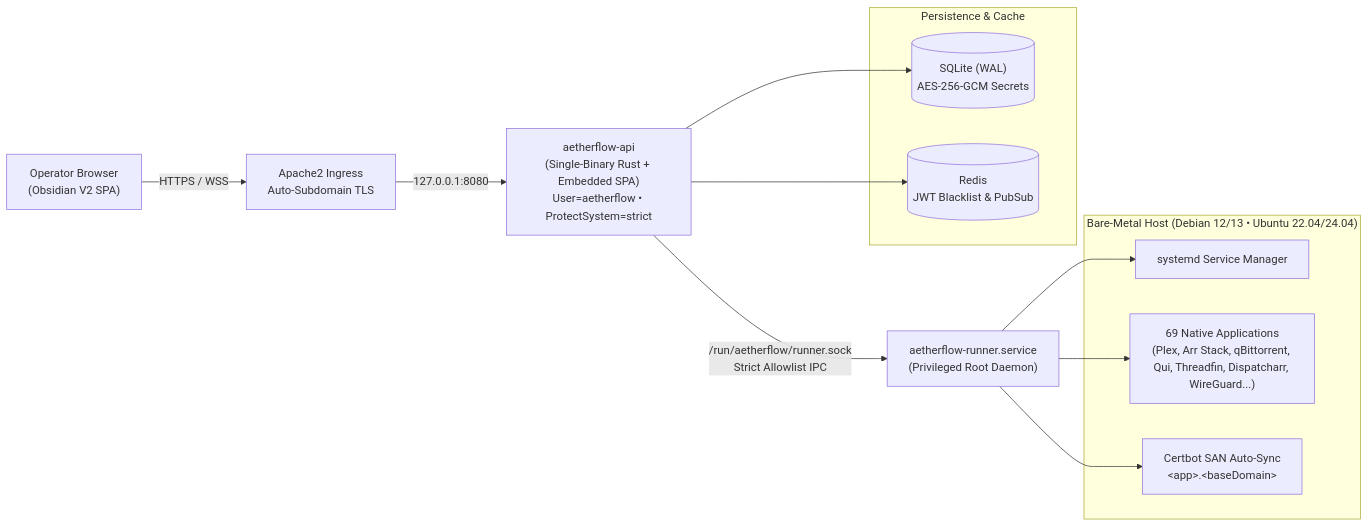
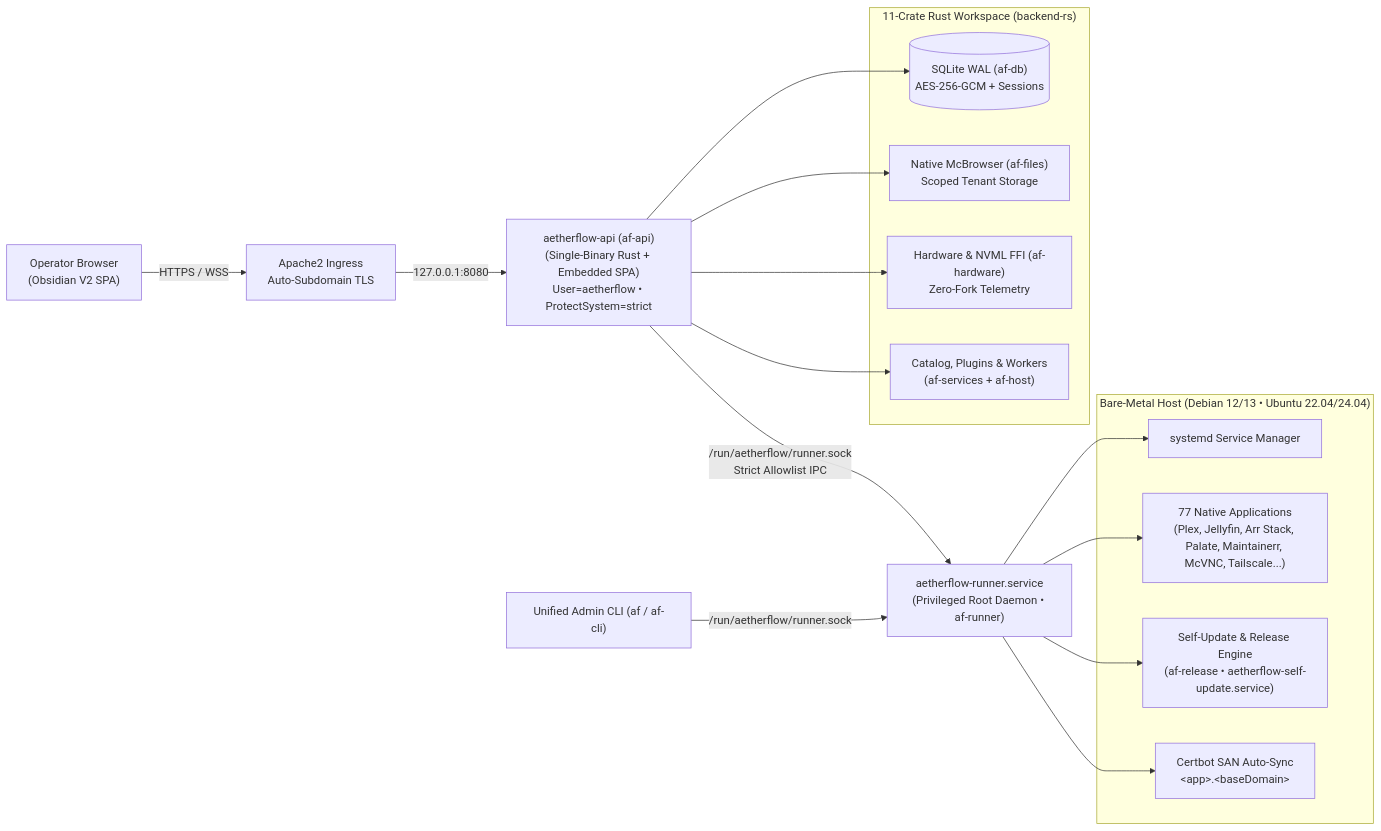
Before and after one commit to McEveritts/AetherFlow: the diagram in README.md, drawn with Mermaid. The commit also changed other lines of this file and 24 other files, not shown here.

Commit message:
docs(v4.0): rework GitHub README, banner, docs, security policy, and website for v4.0.0 Rust architecture

````diff
--- a/README.md
+++ b/README.md
@@ -54,25 +56,32 @@
 ```mermaid
 flowchart LR
     Operator["Operator Browser<br/>(Obsidian V2 SPA)"] -->|HTTPS / WSS| Ingress["Apache2 Ingress<br/>Auto-Subdomain TLS"]
-    Ingress -->|127.0.0.1:8080| API["aetherflow-api<br/>(Single-Binary Rust + Embedded SPA)<br/>User=aetherflow • ProtectSystem=strict"]
+    Ingress -->|127.0.0.1:8080| API["aetherflow-api (af-api)<br/>(Single-Binary Rust + Embedded SPA)<br/>User=aetherflow • ProtectSystem=strict"]
 
-    subgraph State["Persistence & Cache"]
-        SQLite[("SQLite (WAL)<br/>AES-256-GCM Secrets")]
-        Redis[("Redis<br/>JWT Blacklist & PubSub")]
+    subgraph RustWorkspace["11-Crate Rust Workspace (backend-rs)"]
+        DB[("SQLite WAL (af-db)<br/>AES-256-GCM + Sessions")]
+        Files["Native McBrowser (af-files)<br/>Scoped Tenant Storage"]
+        HW["Hardware & NVML FFI (af-hardware)<br/>Zero-Fork Telemetry"]
+        Services["Catalog, Plugins & Workers<br/>(af-services + af-host)"]
     end
 
-    API --> SQLite
-    API --> Redis
+    API --> DB
+    API --> Files
+    API --> HW
+    API --> Services
 
-    API -->|"/run/aetherflow/runner.sock"<br/>Strict Allowlist IPC| Runner["aetherflow-runner.service<br/>(Privileged Root Daemon)"]
+    API -->|"/run/aetherflow/runner.sock"<br/>Strict Allowlist IPC| Runner["aetherflow-runner.service<br/>(Privileged Root Daemon • af-runner)"]
+    CLI["Unified Admin CLI (af / af-cli)"] -->|"/run/aetherflow/runner.sock"| Runner
 
     subgraph BareMetal["Bare-Metal Host (Debian 12/13 • Ubuntu 22.04/24.04)"]
         Systemd["systemd Service Manager"]
-        Catalog["69 Native Applications<br/>(Plex, Arr Stack, qBittorrent, Qui, Threadfin, Dispatcharr, WireGuard...)"]
+        Catalog["77 Native Applications<br/>(Plex, Jellyfin, Arr Stack, Palate, Maintainerr, McVNC, Tailscale...)"]
+        Updater["Self-Update & Release Engine<br/>(af-release • aetherflow-self-update.service)"]
         CertSync["Certbot SAN Auto-Sync<br/>&lt;app&gt;.&lt;baseDomain&gt;"]
     end
 
     Runner --> Systemd
     Runner --> Catalog
+    Runner --> Updater
     Runner --> CertSync
 ```
````
